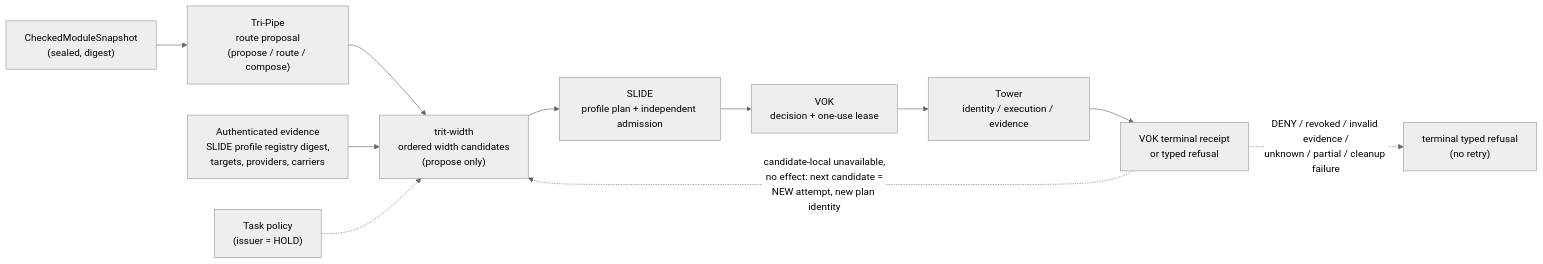
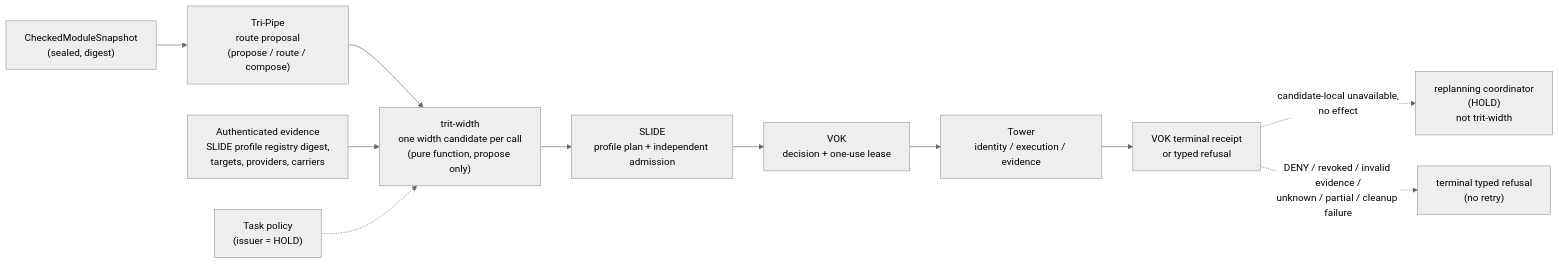
One commit to TritHypha/Galerina changed the diagram in docs/architecture/trit-width-2026-10-06.md. Above: the diagram before and after it, drawn with Mermaid (neutral theme). The commit also changed other lines of this file, not shown here.

First line of the commit message:
[skip ci] docs(architecture): trit-width SuperGrok polish, one candidate per proposal, placement B (non-authorizing)

````diff
--- a/docs/architecture/trit-width-2026-10-06.md
+++ b/docs/architecture/trit-width-2026-10-06.md
@@ -23,13 +35,13 @@
 ```mermaid
 flowchart LR
   S["CheckedModuleSnapshot<br/>(sealed, digest)"] --> TP["Tri-Pipe<br/>route proposal<br/>(propose / route / compose)"]
-  TP --> TW["trit-width<br/>ordered width candidates<br/>(propose only)"]
+  TP --> TW["trit-width<br/>one width candidate per call<br/>(pure function, propose only)"]
   EV["Authenticated evidence<br/>SLIDE profile registry digest,<br/>targets, providers, carriers"] --> TW
   POL["Task policy<br/>(issuer = HOLD)"] -.-> TW
   TW --> SA["SLIDE<br/>profile plan + independent admission"]
   SA --> VD["VOK<br/>decision + one-use lease"]
   VD --> TE["Tower<br/>identity / execution / evidence"]
   TE --> RC["VOK terminal receipt<br/>or typed refusal"]
-  RC -. "candidate-local unavailable,<br/>no effect: next candidate =<br/>NEW attempt, new plan identity" .-> TW
+  RC -. "candidate-local unavailable,<br/>no effect" .-> CO["replanning coordinator<br/>(HOLD)<br/>not trit-width"]
   RC -. "DENY / revoked / invalid evidence /<br/>unknown / partial / cleanup failure" .-> X["terminal typed refusal<br/>(no retry)"]
 ```
````
